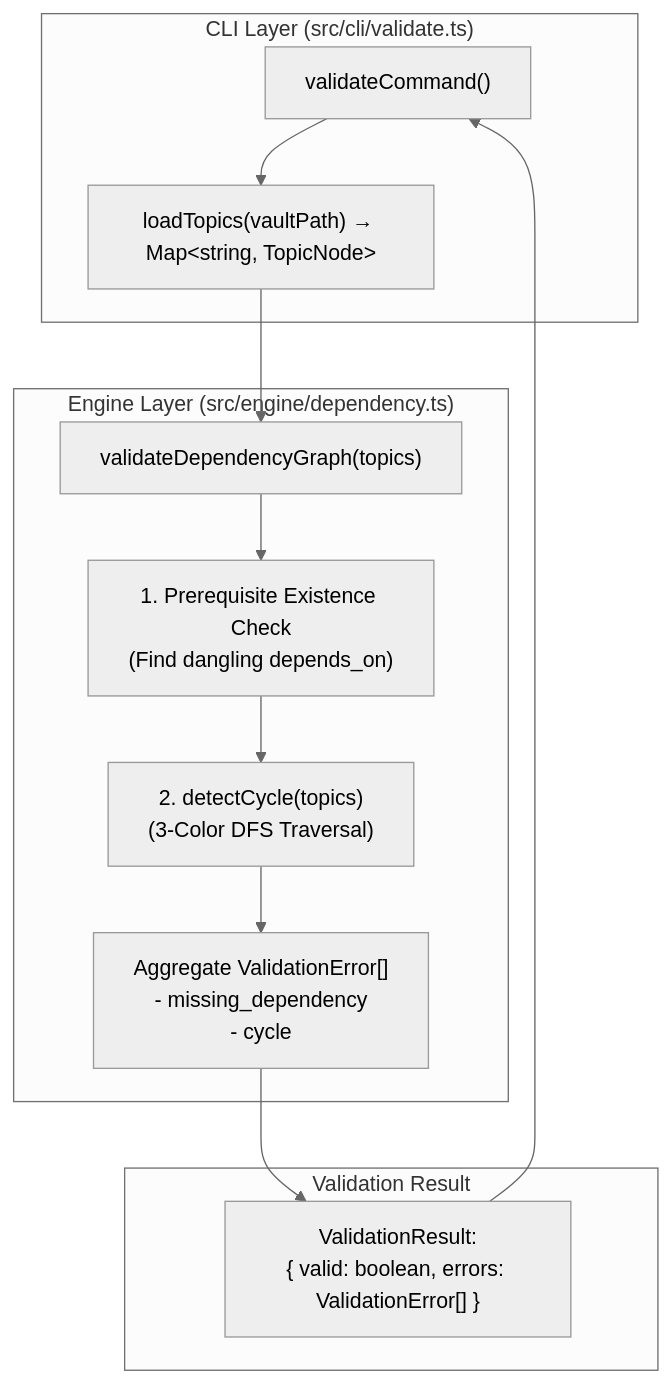
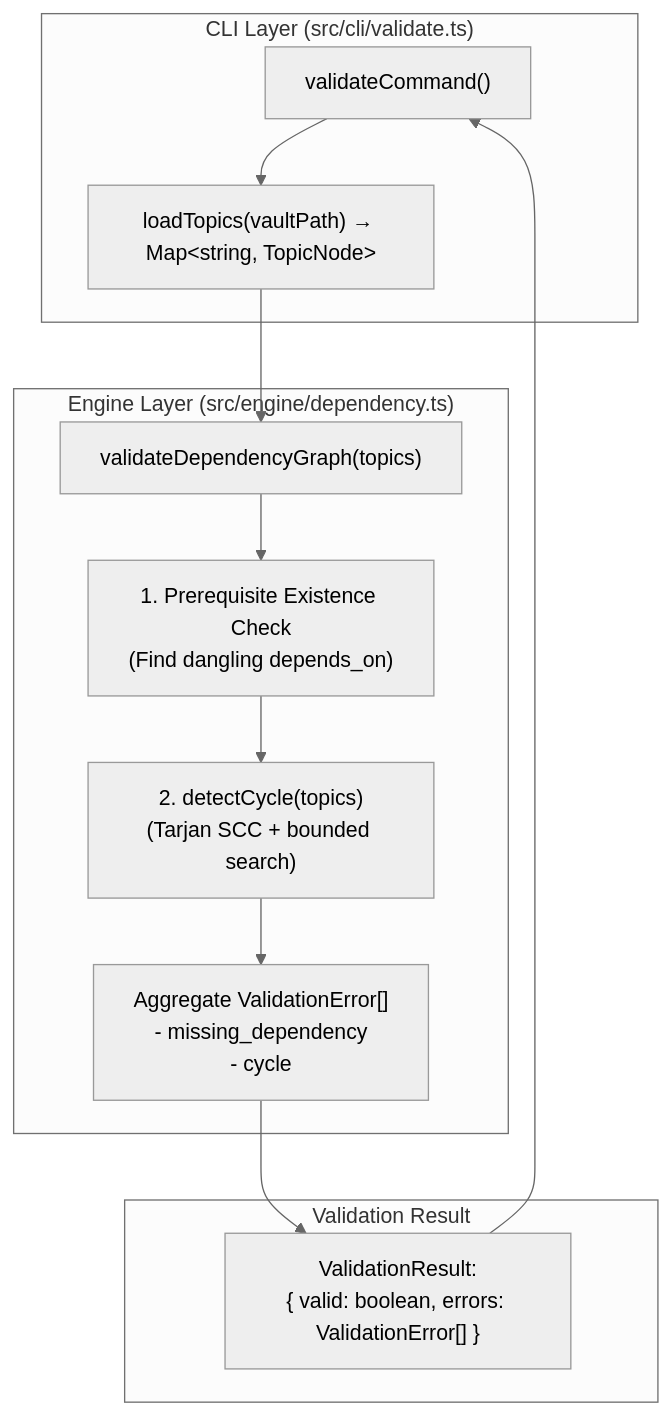
One commit to Kuldeep2822k/cli changed the third of 3 diagrams in docs/03-2-dependency-graph-engine.md. Above: the diagram before and after it, drawn with Mermaid (neutral theme). The commit also changed other lines of this file and 77 other files, not shown here.

````diff
--- a/docs/03-2-dependency-graph-engine.md
+++ b/docs/03-2-dependency-graph-engine.md
@@ -193,26 +152,26 @@
 ```mermaid
 flowchart TD
     subgraph CLI ["CLI Layer (src/cli/validate.ts)"]
         VC["validateCommand()"]
         Load["loadTopics(vaultPath) &rarr; Map&lt;string, TopicNode&gt;"]
     end
 
     subgraph Engine ["Engine Layer (src/engine/dependency.ts)"]
         VDG["validateDependencyGraph(topics)"]
         CheckDangling["1. Prerequisite Existence Check<br/>(Find dangling depends_on)"]
-        RunDFS["2. detectCycle(topics)<br/>(3-Color DFS Traversal)"]
+        RunDFS["2. detectCycle(topics)<br/>(Tarjan SCC + bounded search)"]
         CollectErrors["Aggregate ValidationError[]<br/>- missing_dependency<br/>- cycle"]
     end
 
     subgraph Result ["Validation Result"]
         VResult["ValidationResult:<br/>{ valid: boolean, errors: ValidationError[] }"]
     end
 
     VC --> Load
     Load --> VDG
     VDG --> CheckDangling
     CheckDangling --> RunDFS
     RunDFS --> CollectErrors
     CollectErrors --> VResult
     VResult --> VC
 ```
````
